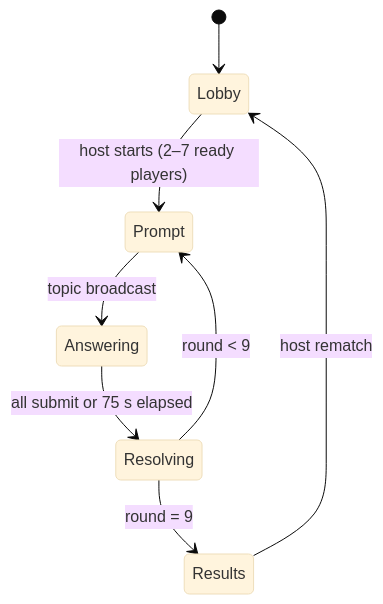
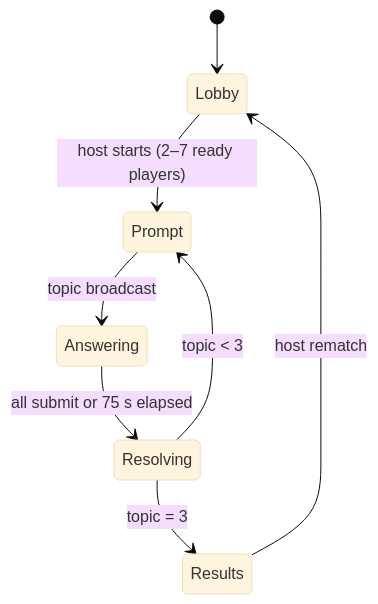
The first of 2 diagrams in goals/jinxo-online/plan.md (KyusungJung/JinxO_Online), drawn with Mermaid (base theme) before and after one commit. The commit also changed other lines of this file and 8 other files, not shown here.

````diff
--- a/goals/jinxo-online/plan.md
+++ b/goals/jinxo-online/plan.md
@@ -26,10 +26,10 @@
 ```mermaid
 stateDiagram-v2
   [*] --> Lobby
   Lobby --> Prompt: host starts (2–7 ready players)
   Prompt --> Answering: topic broadcast
   Answering --> Resolving: all submit or 75 s elapsed
-  Resolving --> Prompt: round < 9
-  Resolving --> Results: round = 9
+  Resolving --> Prompt: topic < 3
+  Resolving --> Results: topic = 3
   Results --> Lobby: host rematch
 ```
````
